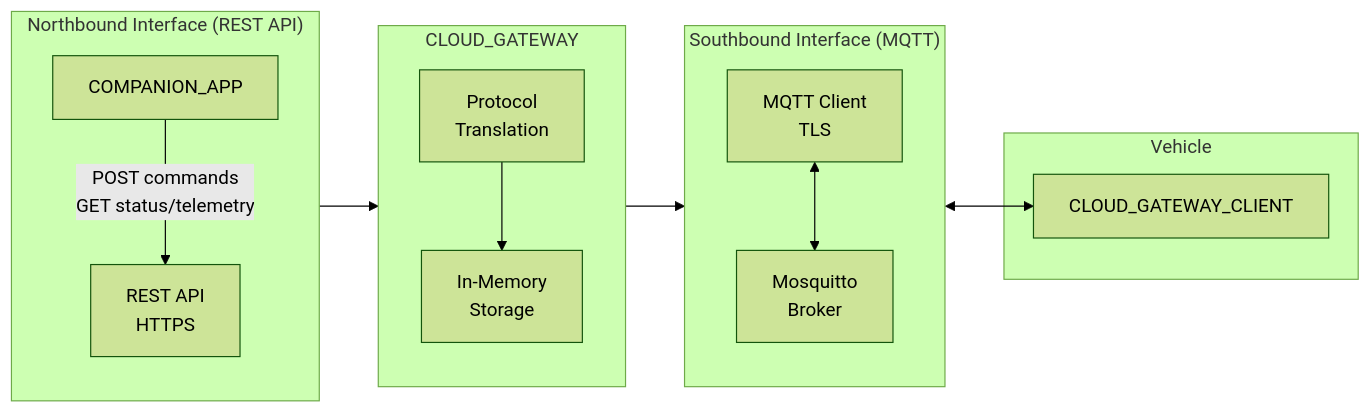
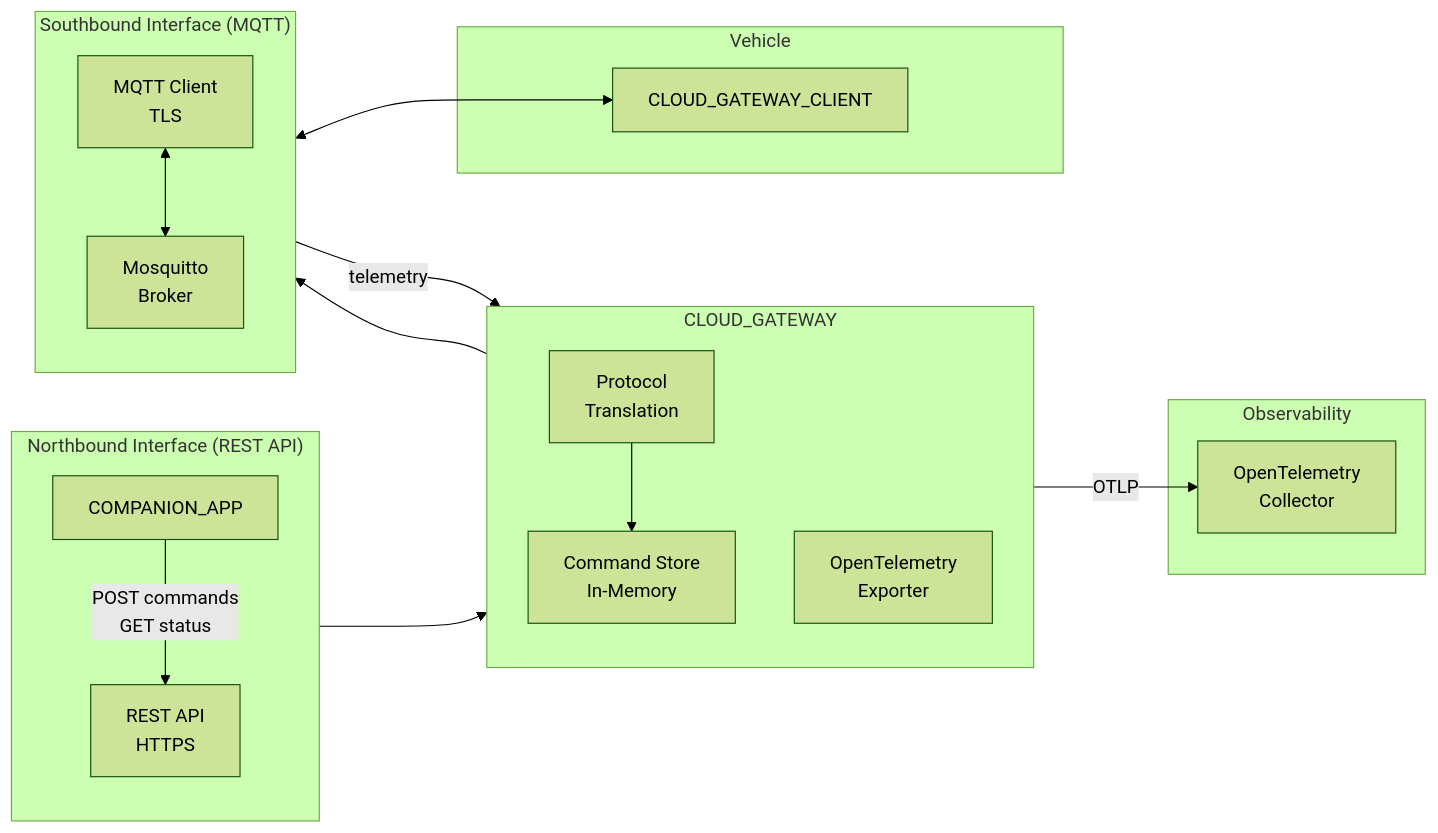
The second of 5 diagrams in .kiro/specs/cloud-gateway/design.md (rhadp/parking-fee-service), drawn with Mermaid (forest theme) before and after one commit. The commit also changed other lines of this file and 2 other files, not shown here.

Commit message:
added OTel

````diff
--- a/.kiro/specs/cloud-gateway/design.md
+++ b/.kiro/specs/cloud-gateway/design.md
@@ -38,31 +40,38 @@
 ```mermaid
 flowchart LR
     subgraph Northbound["Northbound Interface (REST API)"]
         direction TB
         CA[COMPANION_APP]
         REST[REST API<br/>HTTPS]
     end
     
     subgraph Gateway["CLOUD_GATEWAY"]
         direction TB
         TRANS[Protocol<br/>Translation]
-        STORE[In-Memory<br/>Storage]
+        STORE[Command Store<br/>In-Memory]
+        OTELEXP[OpenTelemetry<br/>Exporter]
     end
     
     subgraph Southbound["Southbound Interface (MQTT)"]
         direction TB
         MQTT[MQTT Client<br/>TLS]
         MQ[Mosquitto<br/>Broker]
     end
     
+    subgraph Observability["Observability"]
+        OTEL[OpenTelemetry<br/>Collector]
+    end
+    
     subgraph Vehicle["Vehicle"]
         CGC[CLOUD_GATEWAY_CLIENT]
     end
     
-    CA -->|"POST commands<br/>GET status/telemetry"| REST
+    CA -->|"POST commands<br/>GET status"| REST
     REST --> TRANS
     TRANS --> STORE
     TRANS --> MQTT
     MQTT <--> MQ
     MQ <--> CGC
+    MQTT -->|"telemetry"| OTELEXP
+    OTELEXP -->|"OTLP"| OTEL
 ```
````
